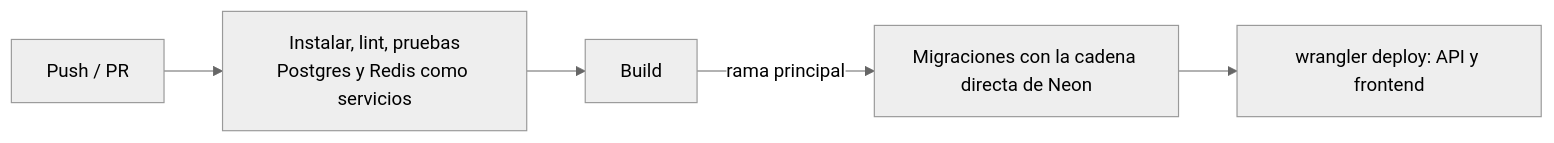
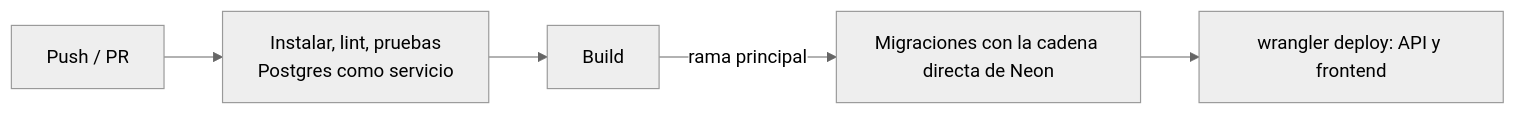
The third of 3 diagrams in docs/01_arquitectura_despliegue.md (lllXDlll/ventas_pc), drawn with Mermaid (neutral theme) before and after one commit. The commit also changed other lines of this file and 9 other files, not shown here.

````diff
--- a/docs/01_arquitectura_despliegue.md
+++ b/docs/01_arquitectura_despliegue.md
@@ -141,7 +145,7 @@
 ```mermaid
 flowchart LR
-    PR[Push / PR] --> CI[Instalar, lint, pruebas<br/>Postgres y Redis como servicios]
+    PR[Push / PR] --> CI[Instalar, lint, pruebas<br/>Postgres como servicio]
     CI --> B[Build]
     B -->|rama principal| M[Migraciones con la cadena directa de Neon]
     M --> D[wrangler deploy: API y frontend]
 ```
````
